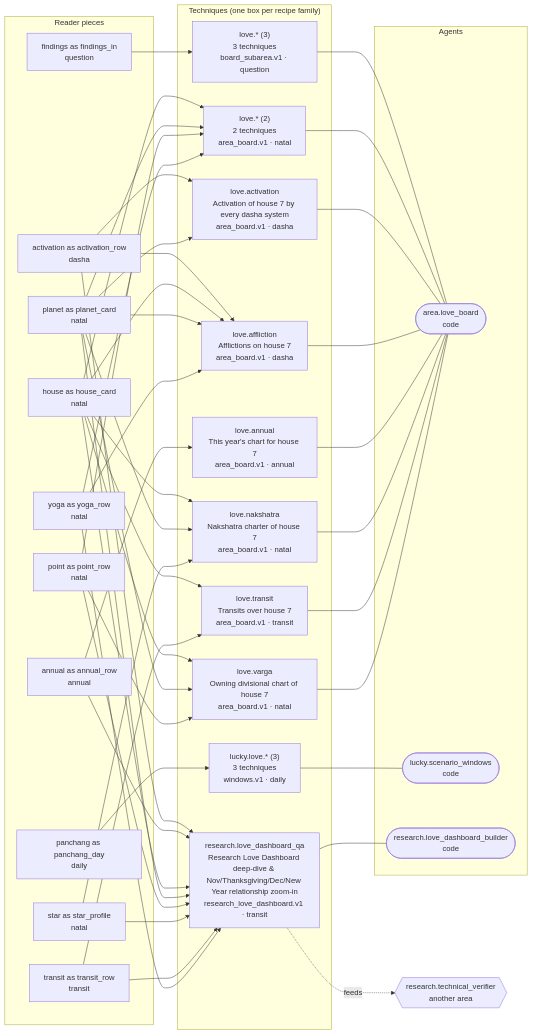
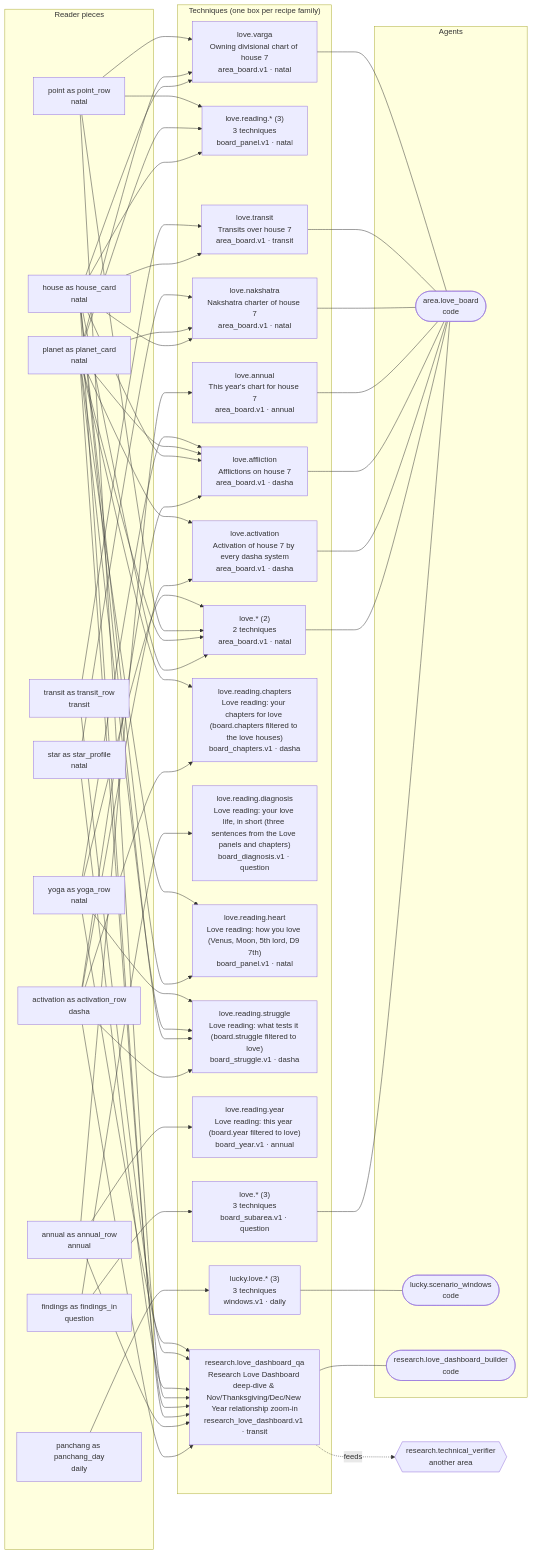
One commit to sachinm/AIAstraServer changed the fifth of 6 diagrams in docs/admin/07-technique-pieces-and-agents.md. Above: the diagram before and after it, drawn with Mermaid. The commit also changed other lines of this file and 43 other files, not shown here.

First line of the commit message:
feat(you): the You reading, one technique per panel (docs 58, 59, 60)

```diff
--- a/docs/admin/07-technique-pieces-and-agents.md
+++ b/docs/admin/07-technique-pieces-and-agents.md
@@ -554,12 +613,18 @@
   end
   subgraph T["Techniques (one box per recipe family)"]
     f_love_3["love.* (3)<br/>3 techniques<br/>board_subarea.v1 · question"]
+    f_love_reading_3["love.reading.* (3)<br/>3 techniques<br/>board_panel.v1 · natal"]
     f_lucky_love_3["lucky.love.* (3)<br/>3 techniques<br/>windows.v1 · daily"]
     f_love_2["love.* (2)<br/>2 techniques<br/>area_board.v1 · natal"]
     f_love_activation["love.activation<br/>Activation of house 7 by every dasha system<br/>area_board.v1 · dasha"]
     f_love_affliction["love.affliction<br/>Afflictions on house 7<br/>area_board.v1 · dasha"]
     f_love_annual["love.annual<br/>This year's chart for house 7<br/>area_board.v1 · annual"]
     f_love_nakshatra["love.nakshatra<br/>Nakshatra charter of house 7<br/>area_board.v1 · natal"]
+    f_love_reading_chapters["love.reading.chapters<br/>Love reading: your chapters for love (board.chapters filtered to the love houses)<br/>board_chapters.v1 · dasha"]
+    f_love_reading_diagnosis["love.reading.diagnosis<br/>Love reading: your love life, in short (three sentences from the Love panels and chapters)<br/>board_diagnosis.v1 · question"]
+    f_love_reading_heart["love.reading.heart<br/>Love reading: how you love (Venus, Moon, 5th lord, D9 7th)<br/>board_panel.v1 · natal"]
+    f_love_reading_struggle["love.reading.struggle<br/>Love reading: what tests it (board.struggle filtered to love)<br/>board_struggle.v1 · dasha"]
+    f_love_reading_year["love.reading.year<br/>Love reading: this year (board.year filtered to love)<br/>board_year.v1 · annual"]
     f_love_transit["love.transit<br/>Transits over house 7<br/>area_board.v1 · transit"]
     f_love_varga["love.varga<br/>Owning divisional chart of house 7<br/>area_board.v1 · natal"]
     f_research_love_dashboard_qa["research.love_dashboard_qa<br/>Research Love Dashboard deep-dive & Nov/Thanksgiving/Dec/New Year relationship zoom-in<br/>research_love_dashboard.v1 · transit"]
@@ -571,6 +636,9 @@
   end
   r_reader_findings_findings_in --> f_love_3
   f_love_3 --- a_agent_area_love_board
+  r_reader_house_house_card --> f_love_reading_3
+  r_reader_planet_planet_card --> f_love_reading_3
+  r_reader_point_point_row --> f_love_reading_3
   r_reader_panchang_panchang_day --> f_lucky_love_3
   f_lucky_love_3 --- a_agent_lucky_scenario_windows
   r_reader_house_house_card --> f_love_2
@@ -592,6 +660,16 @@
   r_reader_planet_planet_card --> f_love_nakshatra
   r_reader_star_star_profile --> f_love_nakshatra
   f_love_nakshatra --- a_agent_area_love_board
+  r_reader_activation_activation_row --> f_love_reading_chapters
+  r_reader_planet_planet_card --> f_love_reading_chapters
+  r_reader_findings_findings_in --> f_love_reading_diagnosis
+  r_reader_house_house_card --> f_love_reading_heart
+  r_reader_planet_planet_card --> f_love_reading_heart
+  r_reader_activation_activation_row --> f_love_reading_struggle
+  r_reader_house_house_card --> f_love_reading_struggle
+  r_reader_planet_planet_card --> f_love_reading_struggle
+  r_reader_yoga_yoga_row --> f_love_reading_struggle
+  r_reader_annual_annual_row --> f_love_reading_year
   r_reader_house_house_card --> f_love_transit
   r_reader_transit_transit_row --> f_love_transit
   f_love_transit --- a_agent_area_love_board
```
